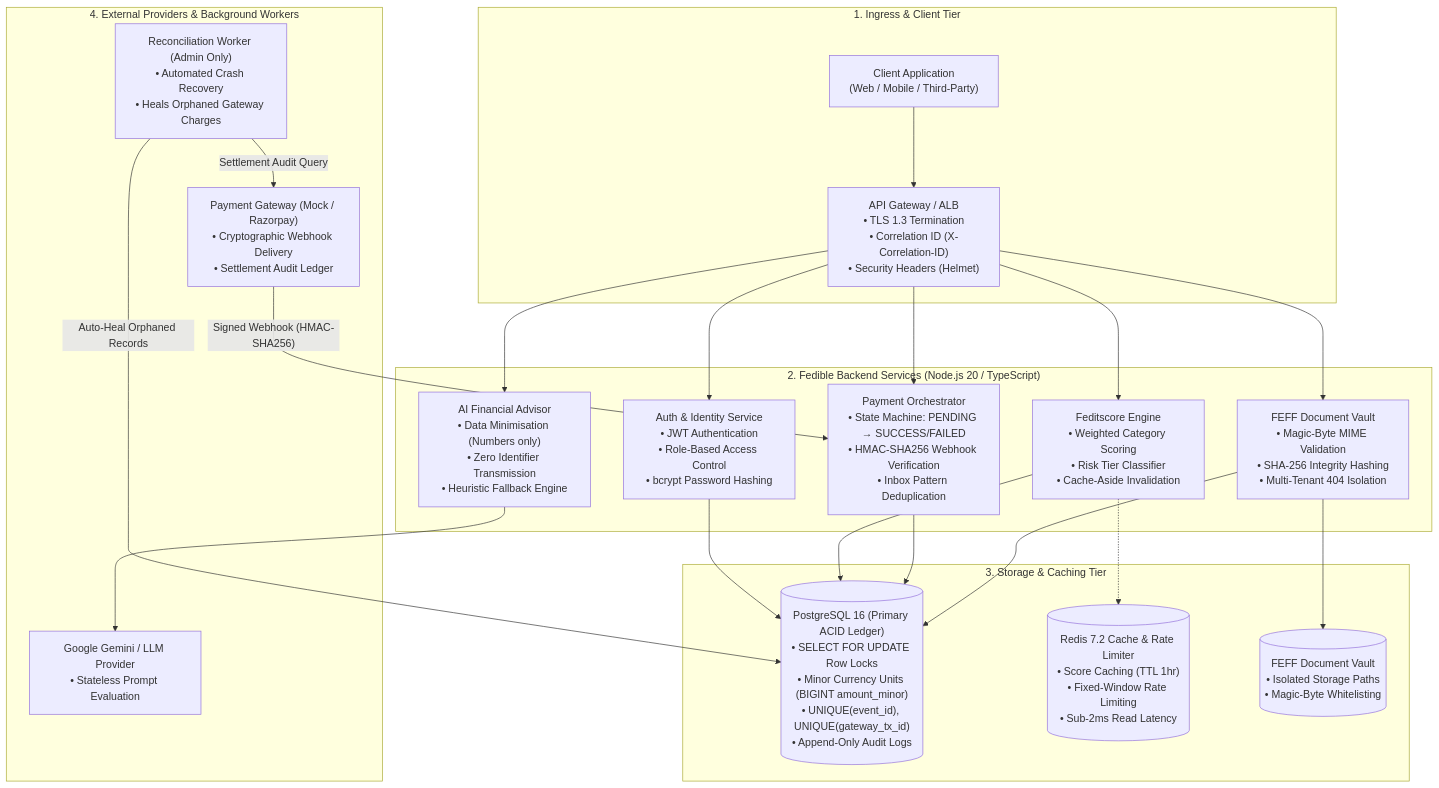
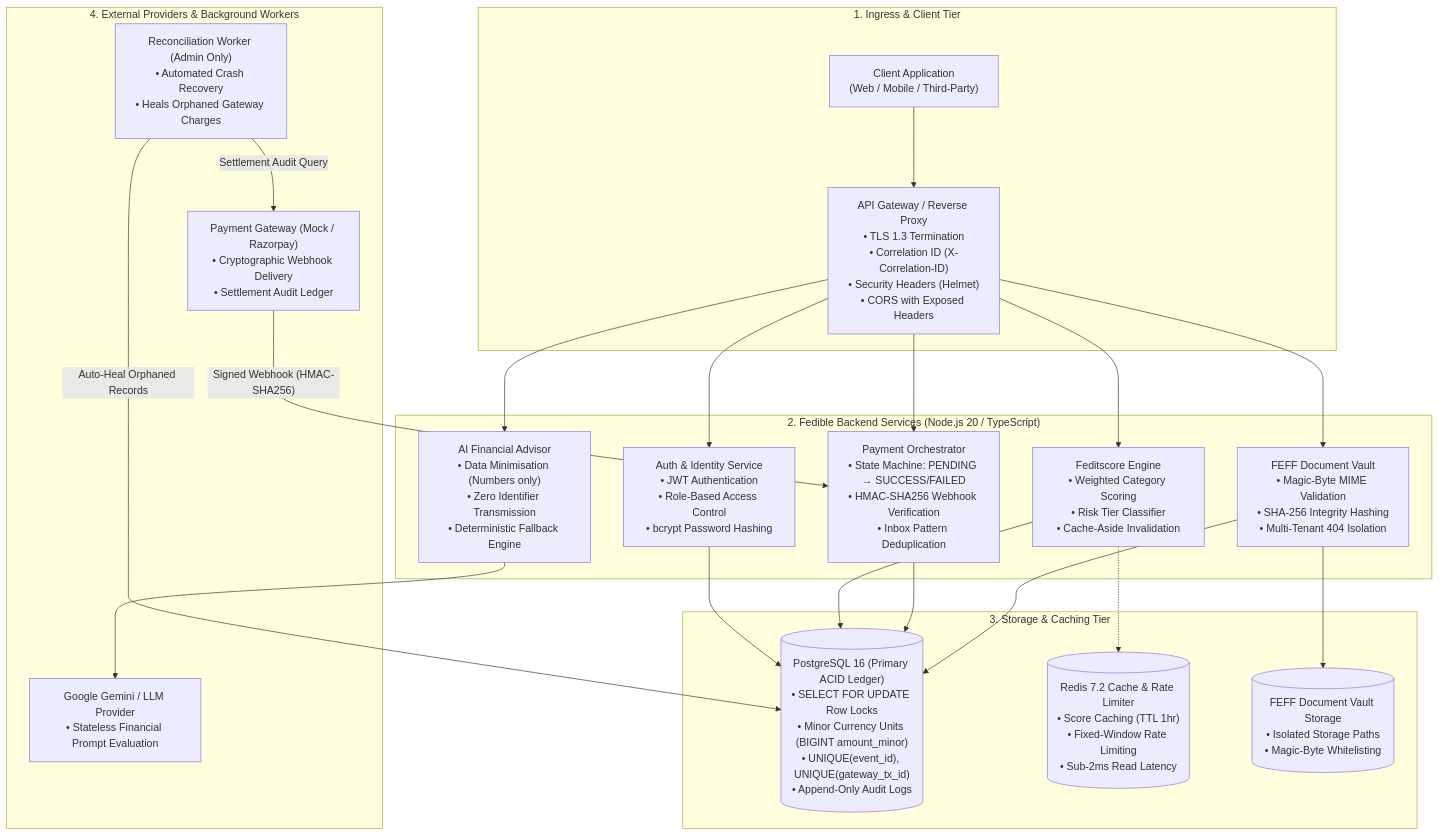
One commit to Muhammed-Sahad-P/fedibleFintech changed the diagram in README.md. Above: the diagram before and after it, drawn with Mermaid. The commit also changed other lines of this file, not shown here.

Commit message:
docs: comprehensive README enhancement with step-by-step testing guide and example data

````diff
--- a/README.md
+++ b/README.md
@@ -18,49 +48,49 @@
 ```mermaid
 flowchart TD
     subgraph Ingress["1. Ingress & Client Tier"]
         ClientApp["Client Application\n(Web / Mobile / Third-Party)"]
-        Gateway["API Gateway / ALB\n• TLS 1.3 Termination\n• Correlation ID (X-Correlation-ID)\n• Security Headers (Helmet)"]
+        Gateway["API Gateway / Reverse Proxy\n• TLS 1.3 Termination\n• Correlation ID (X-Correlation-ID)\n• Security Headers (Helmet)\n• CORS with Exposed Headers"]
     end
 
     subgraph CoreServices["2. Fedible Backend Services (Node.js 20 / TypeScript)"]
         AuthService["Auth & Identity Service\n• JWT Authentication\n• Role-Based Access Control\n• bcrypt Password Hashing"]
         FeditscoreService["Feditscore Engine\n• Weighted Category Scoring\n• Risk Tier Classifier\n• Cache-Aside Invalidation"]
         PaymentService["Payment Orchestrator\n• State Machine: PENDING → SUCCESS/FAILED\n• HMAC-SHA256 Webhook Verification\n• Inbox Pattern Deduplication"]
         FEFFService["FEFF Document Vault\n• Magic-Byte MIME Validation\n• SHA-256 Integrity Hashing\n• Multi-Tenant 404 Isolation"]
-        AIAssistantService["AI Financial Advisor\n• Data Minimisation (Numbers only)\n• Zero Identifier Transmission\n• Heuristic Fallback Engine"]
+        AIAssistantService["AI Financial Advisor\n• Data Minimisation (Numbers only)\n• Zero Identifier Transmission\n• Deterministic Fallback Engine"]
     end
 
     subgraph StorageLayer["3. Storage & Caching Tier"]
         PostgreSQL[("PostgreSQL 16 (Primary ACID Ledger)\n• SELECT FOR UPDATE Row Locks\n• Minor Currency Units (BIGINT amount_minor)\n• UNIQUE(event_id), UNIQUE(gateway_tx_id)\n• Append-Only Audit Logs")]
         RedisCache[("Redis 7.2 Cache & Rate Limiter\n• Score Caching (TTL 1hr)\n• Fixed-Window Rate Limiting\n• Sub-2ms Read Latency")]
-        StorageVault[("FEFF Document Vault\n• Isolated Storage Paths\n• Magic-Byte Whitelisting")]
+        StorageVault[("FEFF Document Vault Storage\n• Isolated Storage Paths\n• Magic-Byte Whitelisting")]
     end
 
     subgraph ExternalTier["4. External Providers & Background Workers"]
         PaymentGateway["Payment Gateway (Mock / Razorpay)\n• Cryptographic Webhook Delivery\n• Settlement Audit Ledger"]
         ReconcilerWorker["Reconciliation Worker (Admin Only)\n• Automated Crash Recovery\n• Heals Orphaned Gateway Charges"]
-        LLMProvider["Google Gemini / LLM Provider\n• Stateless Prompt Evaluation"]
+        LLMProvider["Google Gemini / LLM Provider\n• Stateless Financial Prompt Evaluation"]
     end
 
     %% Ingress Flow
     ClientApp --> Gateway
     Gateway --> AuthService
     Gateway --> FeditscoreService
     Gateway --> PaymentService
     Gateway --> FEFFService
     Gateway --> AIAssistantService
 
     %% Service to Storage
     AuthService --> PostgreSQL
     FeditscoreService --> PostgreSQL
     FeditscoreService -.-> RedisCache
     PaymentService --> PostgreSQL
     FEFFService --> PostgreSQL
     FEFFService --> StorageVault
     AIAssistantService --> LLMProvider
 
     %% Gateway & Reconciler
     PaymentGateway -->|"Signed Webhook (HMAC-SHA256)"| PaymentService
     ReconcilerWorker -->|"Settlement Audit Query"| PaymentGateway
     ReconcilerWorker -->|"Auto-Heal Orphaned Records"| PostgreSQL
 ```
````
